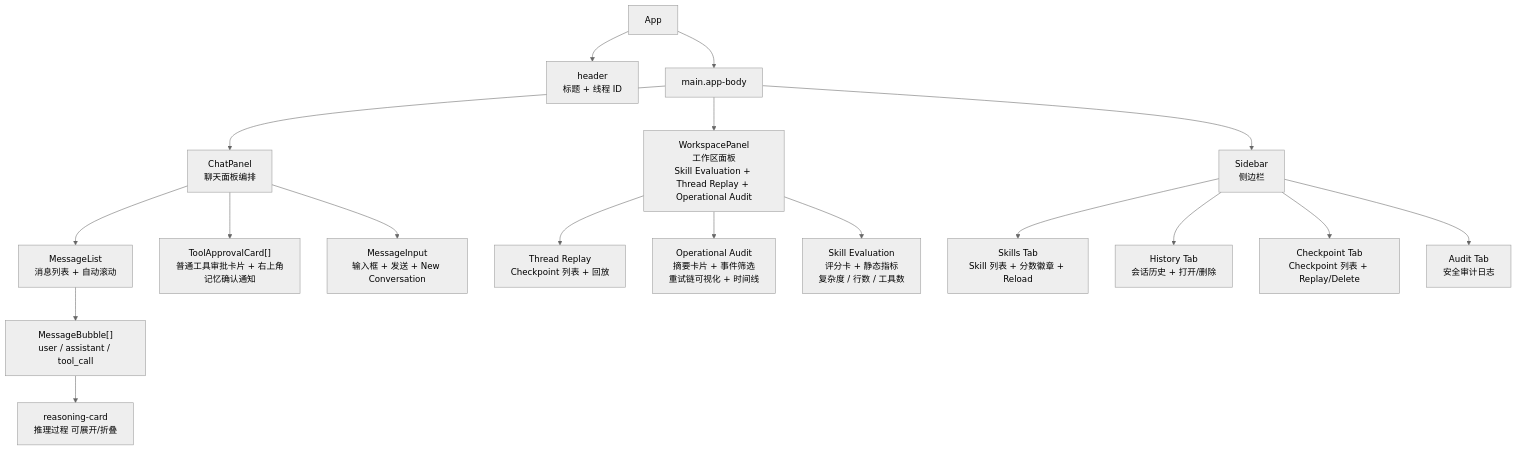
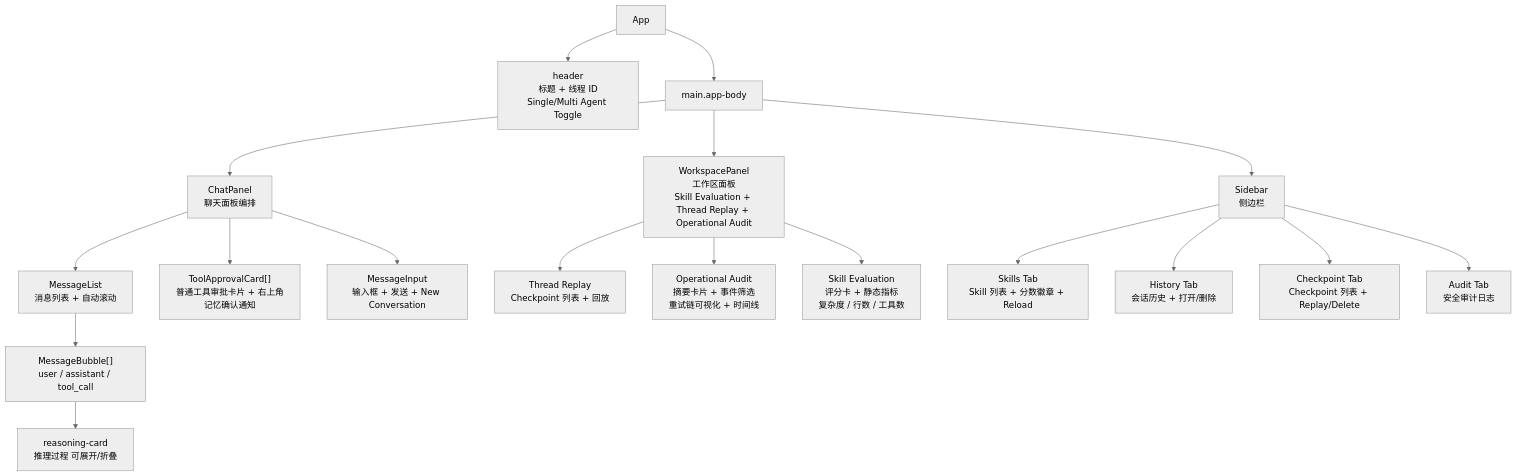
Diagram 11 of 13 in 技术方案报告.md (YachuanWzh/huamulan-agent), drawn with Mermaid (neutral theme) before and after one commit. The commit also changed other lines of this file and 21 other files, not shown here.

````diff
--- a/技术方案报告.md
+++ b/技术方案报告.md
@@ -1585,25 +1669,25 @@
 ```mermaid
 graph TD
-    App --> Header["header<br/>标题 + 线程 ID"]
+    App --> Header["header<br/>标题 + 线程 ID<br/>Single/Multi Agent Toggle"]
     App --> Main["main.app-body"]
 
     Main --> ChatPanel["ChatPanel<br/>聊天面板编排"]
     Main --> Sidebar["Sidebar<br/>侧边栏"]
     Main --> WorkspacePanel["WorkspacePanel<br/>工作区面板<br/>Skill Evaluation + Thread Replay + Operational Audit"]
 
     ChatPanel --> MessageList["MessageList<br/>消息列表 + 自动滚动"]
     ChatPanel --> ToolApprovalCard["ToolApprovalCard[]<br/>普通工具审批卡片 + 右上角记忆确认通知"]
     ChatPanel --> MessageInput["MessageInput<br/>输入框 + 发送 + New Conversation"]
 
     MessageList --> MessageBubble["MessageBubble[]<br/>user / assistant / tool_call"]
     MessageBubble --> Reasoning["reasoning-card<br/>推理过程 可展开/折叠"]
 
     WorkspacePanel --> ReplayView["Thread Replay<br/>Checkpoint 列表 + 回放"]
     WorkspacePanel --> AuditView["Operational Audit<br/>摘要卡片 + 事件筛选<br/>重试链可视化 + 时间线"]
     WorkspacePanel --> SkillEvalView["Skill Evaluation<br/>评分卡 + 静态指标<br/>复杂度 / 行数 / 工具数"]
 
     Sidebar --> SkillsTab["Skills Tab<br/>Skill 列表 + 分数徽章 + Reload"]
     Sidebar --> HistoryTab["History Tab<br/>会话历史 + 打开/删除"]
     Sidebar --> CheckpointTab["Checkpoint Tab<br/>Checkpoint 列表 + Replay/Delete"]
     Sidebar --> AuditTab["Audit Tab<br/>安全审计日志"]
 ```
````
